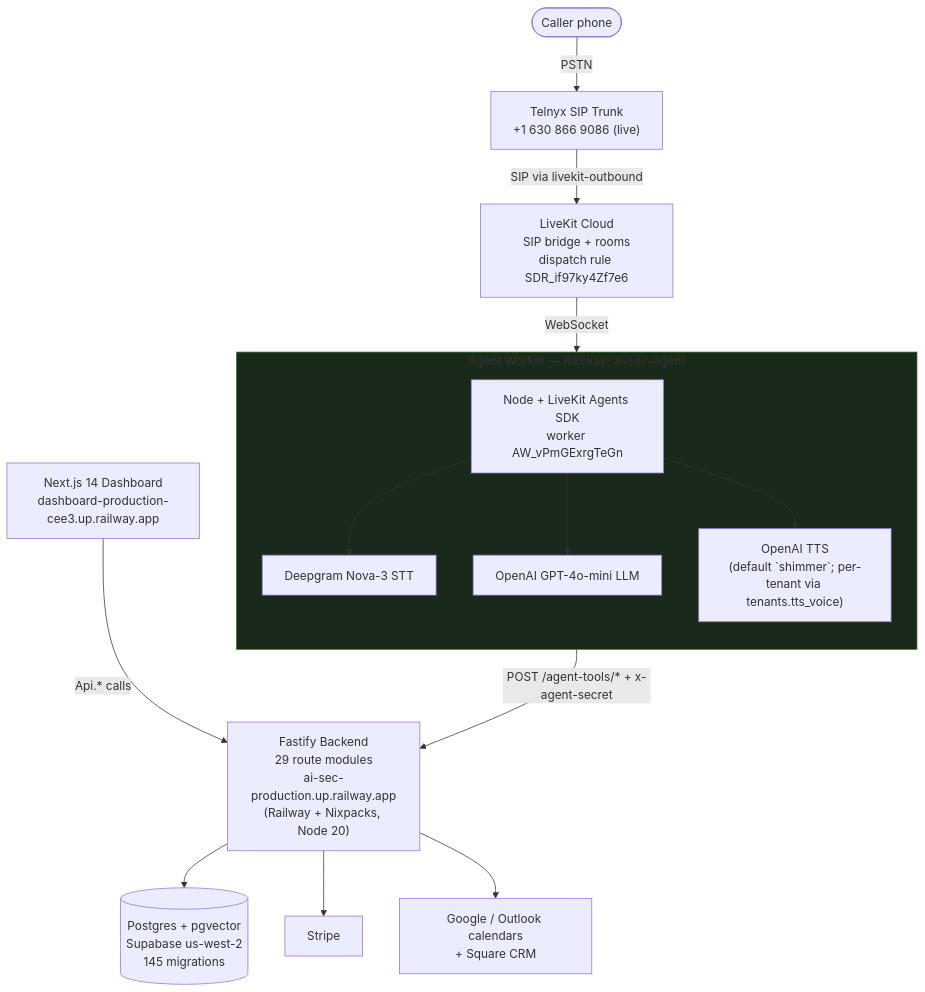
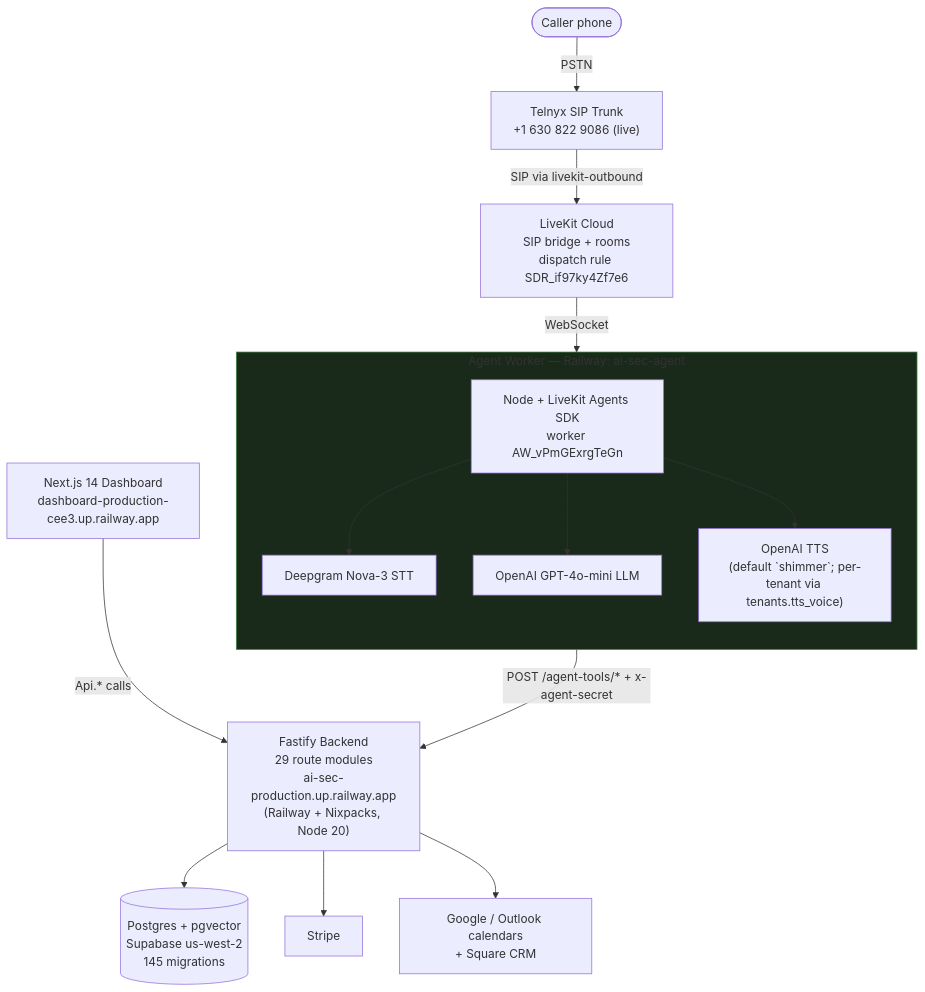
The first of 11 diagrams in docs/DIAGRAMS.md (ddemott/ai-sec), drawn with Mermaid before and after one commit. The commit also changed other lines of this file and 20 other files, not shown here.

````diff
--- a/docs/DIAGRAMS.md
+++ b/docs/DIAGRAMS.md
@@ -27,37 +27,37 @@
 ```mermaid
 flowchart TB
   Caller([Caller phone])
-  Telnyx["Telnyx SIP Trunk<br/>+1 630 866 9086 (live)"]
+  Telnyx["Telnyx SIP Trunk<br/>+1 630 822 9086 (live)"]
   Caller -->|PSTN| Telnyx
 
   LiveKit["LiveKit Cloud<br/>SIP bridge + rooms<br/>dispatch rule SDR_if97ky4Zf7e6"]
   Telnyx -->|SIP via livekit-outbound| LiveKit
 
   subgraph agentBox["Agent Worker — Railway: ai-sec-agent"]
     direction TB
     Agent["Node + LiveKit Agents SDK<br/>worker AW_vPmGExrgTeGn"]
     DG["Deepgram Nova-3 STT"]
     OAI["OpenAI GPT-4o-mini LLM"]
     TTS["OpenAI TTS<br/>(default `shimmer`; per-tenant via tenants.tts_voice)"]
     Agent --> DG
     Agent --> OAI
     Agent --> TTS
   end
 
   LiveKit -->|WebSocket| Agent
 
   Fastify["Fastify Backend<br/>29 route modules<br/>ai-sec-production.up.railway.app<br/>(Railway + Nixpacks, Node 20)"]
   Agent -->|POST /agent-tools/* + x-agent-secret| Fastify
 
   Postgres[("Postgres + pgvector<br/>Supabase us-west-2<br/>145 migrations")]
   Stripe["Stripe"]
   Integrations["Google / Outlook calendars<br/>+ Square CRM"]
   Dashboard["Next.js 14 Dashboard<br/>dashboard-production-cee3.up.railway.app"]
 
   Fastify --> Postgres
   Fastify --> Stripe
   Fastify --> Integrations
   Dashboard -->|Api.* calls| Fastify
 
   style agentBox fill:#1a2a1a,stroke:#484
 ```
````
